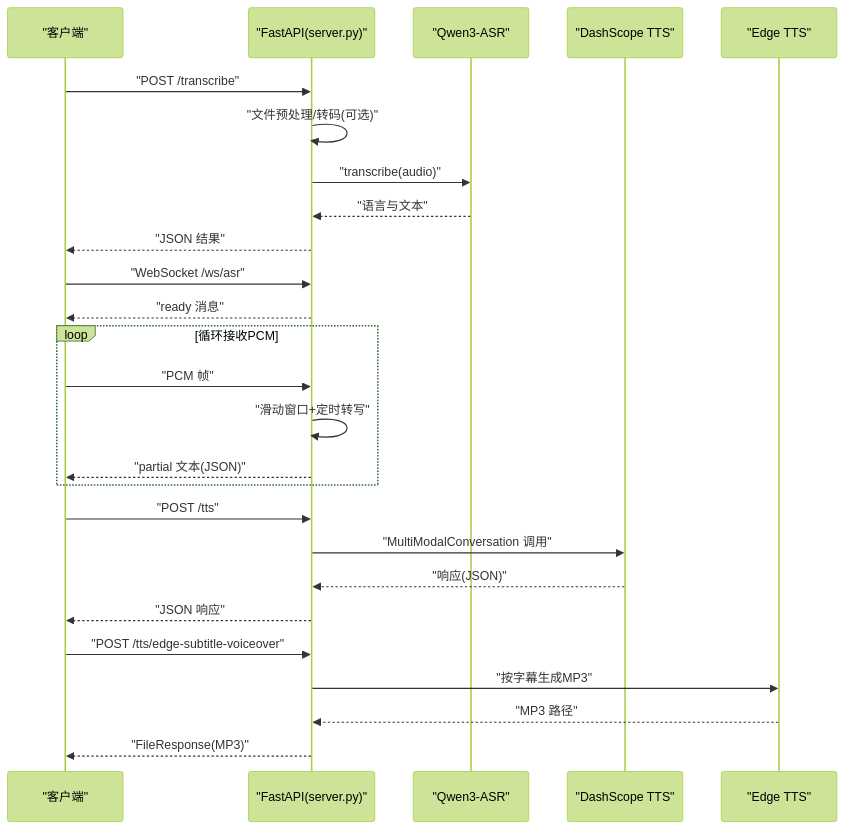
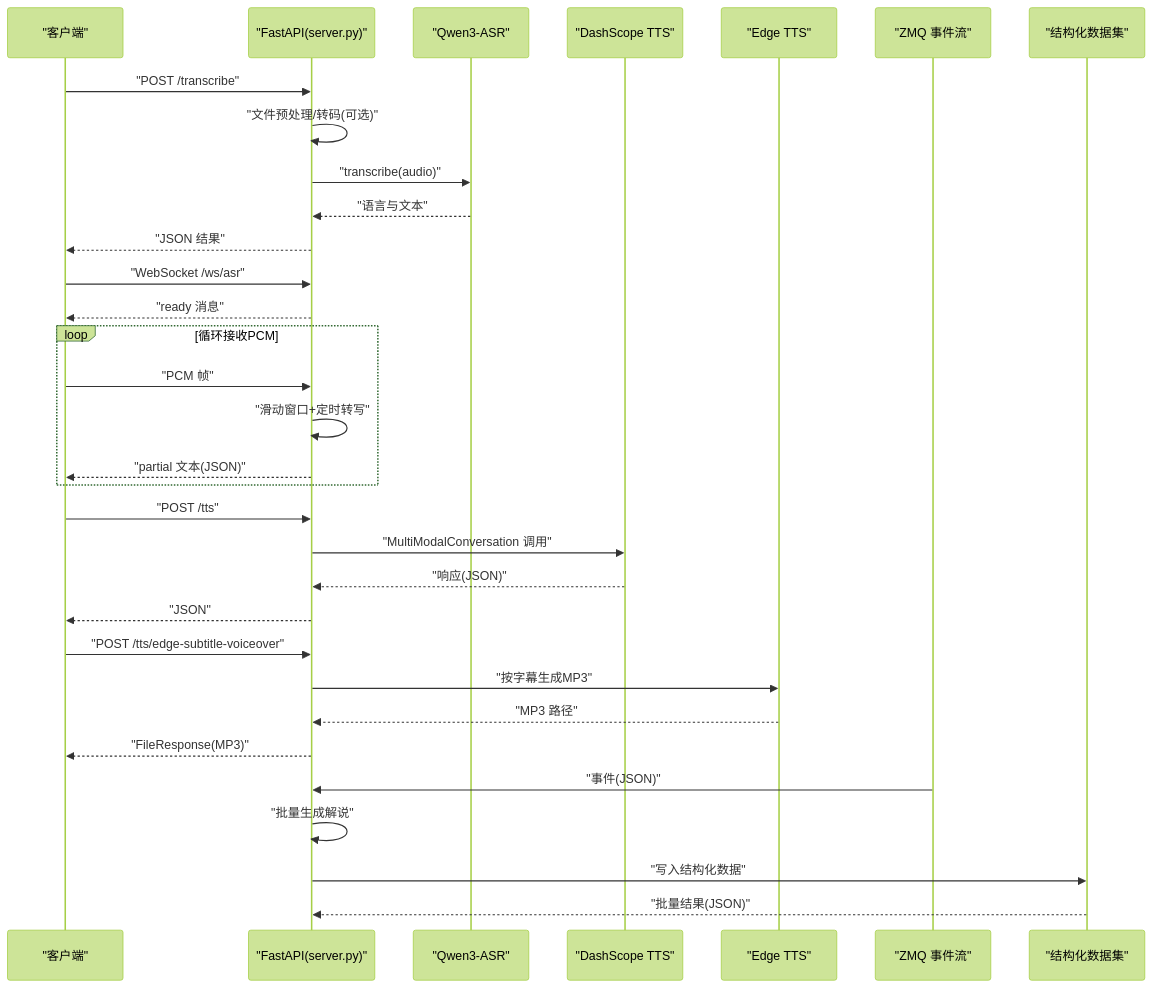
The second of 7 diagrams in .qoder/repowiki/zh/content/部署与运维/故障排除与维护.md (1024dashen/Vue3Speech), drawn with Mermaid (forest theme) before and after one commit. The commit also changed other lines of this file and 5 other files, not shown here.

````diff
--- a/.qoder/repowiki/zh/content/部署与运维/故障排除与维护.md
+++ b/.qoder/repowiki/zh/content/部署与运维/故障排除与维护.md
@@ -111,28 +126,34 @@
 ```mermaid
 sequenceDiagram
 participant Client as "客户端"
 participant API as "FastAPI(server.py)"
 participant ASR as "Qwen3-ASR"
 participant TTS as "DashScope TTS"
 participant Edge as "Edge TTS"
+participant ZMQ as "ZMQ 事件流"
+participant Flash as "结构化数据集"
 Client->>API : "POST /transcribe"
 API->>API : "文件预处理/转码(可选)"
 API->>ASR : "transcribe(audio)"
 ASR-->>API : "语言与文本"
 API-->>Client : "JSON 结果"
 Client->>API : "WebSocket /ws/asr"
 API-->>Client : "ready 消息"
 loop 循环接收PCM
 Client->>API : "PCM 帧"
 API->>API : "滑动窗口+定时转写"
 API-->>Client : "partial 文本(JSON)"
 end
 Client->>API : "POST /tts"
 API->>TTS : "MultiModalConversation 调用"
 TTS-->>API : "响应(JSON)"
-API-->>Client : "JSON 响应"
+API-->>Client : "JSON"
 Client->>API : "POST /tts/edge-subtitle-voiceover"
 API->>Edge : "按字幕生成MP3"
 Edge-->>API : "MP3 路径"
 API-->>Client : "FileResponse(MP3)"
+ZMQ->>API : "事件(JSON)"
+API->>API : "批量生成解说"
+API->>Flash : "写入结构化数据"
+Flash-->>API : "批量结果(JSON)"
 ```
````
